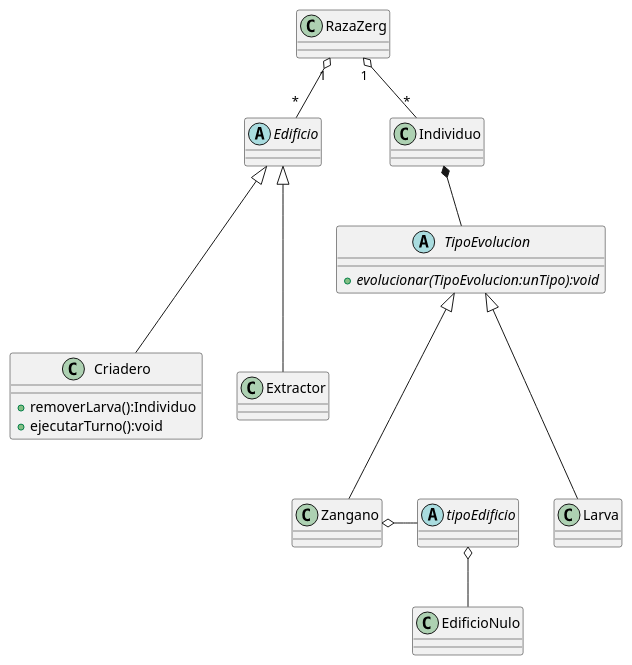
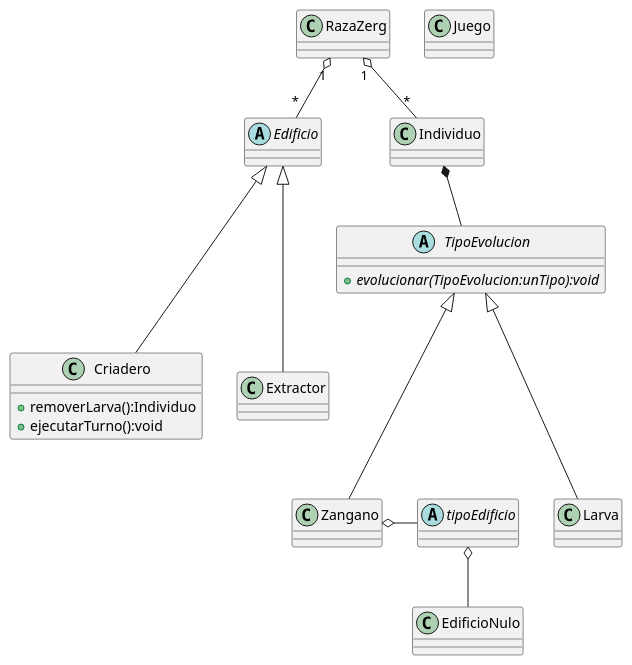
The diagram in diagrams/classes/clases.puml (nicolasgirardi/algo3_TP2_AlgoStar), drawn with PlantUML before and after one commit.

Commit message:
primer commit de mi nueva rama

```diff
--- a/diagrams/classes/clases.puml
+++ b/diagrams/classes/clases.puml
@@ -1,45 +1,49 @@
 @startuml
 
 abstract class TipoEvolucion{
     + {abstract} evolucionar(TipoEvolucion:unTipo):void
 }
+
+class Juego {
+}
+
 class Zangano{
 
 }
 class Larva{
 
 }
 class RazaZerg{
 
 }
 class Criadero{
     +removerLarva():Individuo
     +ejecutarTurno():void
 }
 
 abstract class TipoEvolucion{
 
 }
 
 abstract class Edificio{
 
 }
 class Extractor{
 
 }
 
 abstract class tipoEdificio{
 
 }
 
 Individuo *-- TipoEvolucion
 Zangano  -up--|> TipoEvolucion
 Larva    -up--|> TipoEvolucion
 RazaZerg "1"  o-- "*" Edificio
 RazaZerg "1"  o-- "*" Individuo
 Zangano o- tipoEdificio
 tipoEdificio o-- EdificioNulo
 Criadero -up--|> Edificio
 Extractor -up--|> Edificio
 
 @enduml
```
